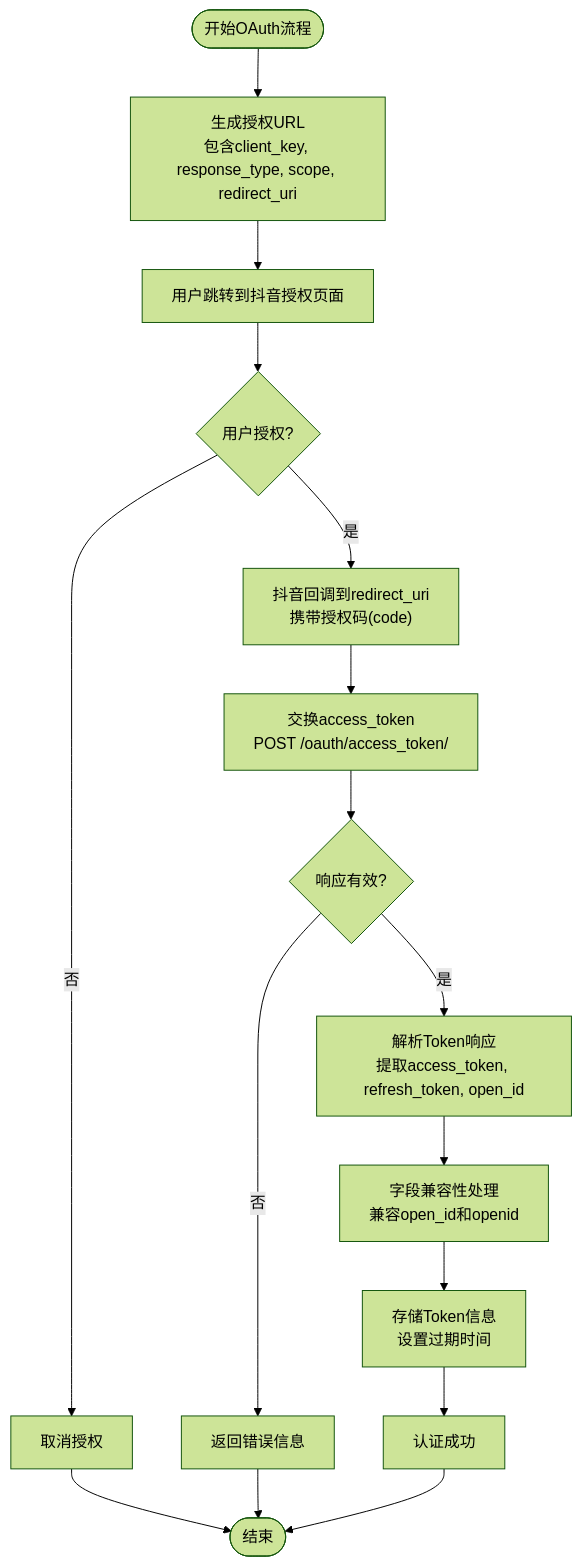
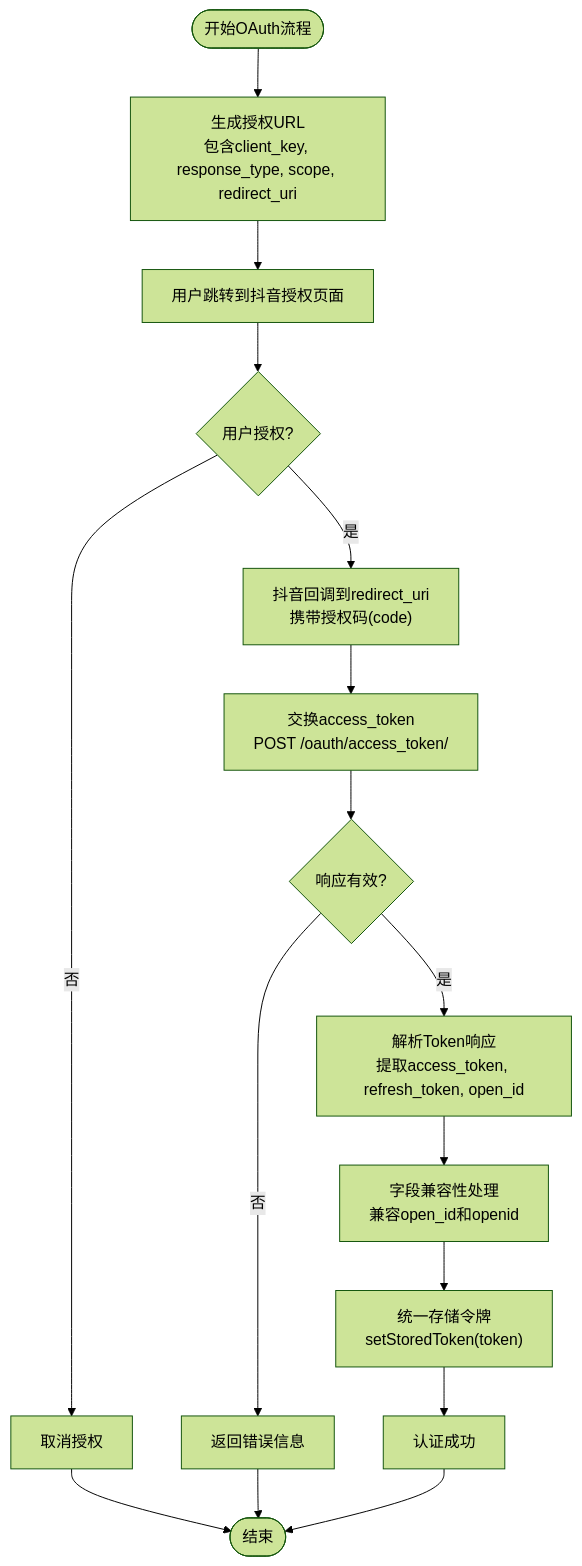
One commit to songdiyang/clawOperations changed the fifth of 15 diagrams in .qoder/repowiki/zh/content/核心模块详解/认证模块/抖音OAuth集成.md. Above: the diagram before and after it, drawn with Mermaid (forest theme). The commit also changed other lines of this file and 8 other files, not shown here.

````diff
--- a/.qoder/repowiki/zh/content/核心模块详解/认证模块/抖音OAuth集成.md
+++ b/.qoder/repowiki/zh/content/核心模块详解/认证模块/抖音OAuth集成.md
@@ -273,18 +303,18 @@
 ```mermaid
 flowchart TD
 Start([开始OAuth流程]) --> GetURL["生成授权URL<br/>包含client_key, response_type, scope, redirect_uri"]
 GetURL --> Redirect["用户跳转到抖音授权页面"]
 Redirect --> UserAuth{"用户授权?"}
 UserAuth --> |否| Cancel["取消授权"]
 UserAuth --> |是| Callback["抖音回调到redirect_uri<br/>携带授权码(code)"]
 Callback --> Exchange["交换access_token<br/>POST /oauth/access_token/"]
 Exchange --> Validate{"响应有效?"}
 Validate --> |否| Error["返回错误信息"]
 Validate --> |是| Parse["解析Token响应<br/>提取access_token, refresh_token, open_id"]
 Parse --> Compat["字段兼容性处理<br/>兼容open_id和openid"]
-Compat --> Store["存储Token信息<br/>设置过期时间"]
+Compat --> Store["统一存储令牌<br/>setStoredToken(token)"]
 Store --> Success["认证成功"]
 Cancel --> End([结束])
 Error --> End
 Success --> End
 ```
````
